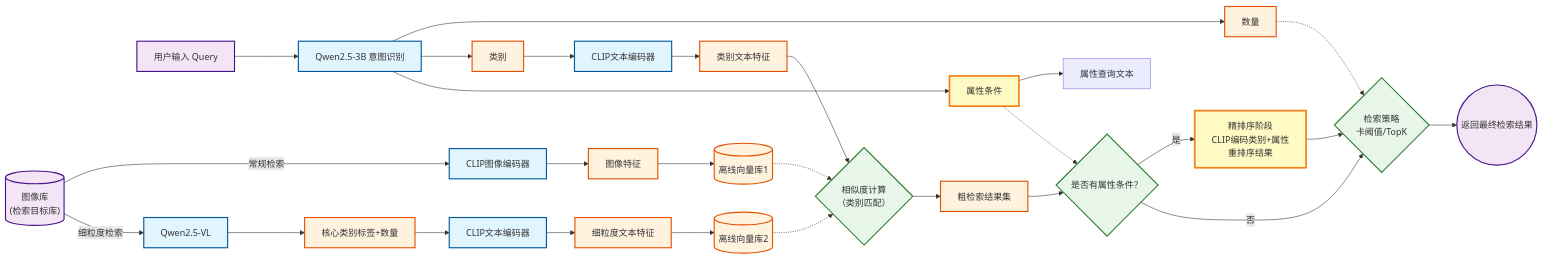
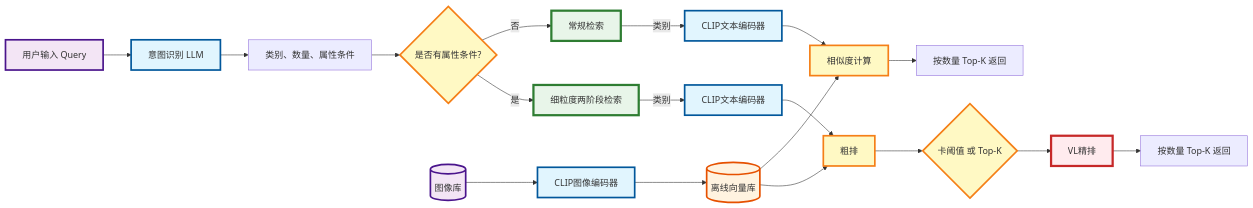
Before and after one commit to 214404225-spec/Multi-modal-Image-Retrieval-System: the diagram in v1.md, drawn with Mermaid. The commit also changed other lines of this file and 35 other files, not shown here.

````diff
--- a/v1.md
+++ b/v1.md
@@ -3,48 +3,41 @@
 ```mermaid
 flowchart LR
-    User["用户输入 Query"] --> Qwen3B["Qwen2.5-3B 意图识别"]
-    Qwen3B --> Quantity["数量"]
-    Qwen3B --> Category["类别"]
-    Qwen3B --> Attributes["属性条件"]
+    %% 输入 -> LM 提取
+    User["用户输入 Query"] --> Qwen-LM["意图识别 LLM"]
+    Qwen-LM --> LM_output["类别、数量、属性条件"]
+    LM_output --> HasAttr{"是否有属性条件?"}
+
+    %% 图像库 -> 离线向量库
+    ImageDB[("图像库")] --> CLIP_Vis_Offline["CLIP图像编码器"]
+    CLIP_Vis_Offline --> VectorDB[("离线向量库")]
+
+    %% 无属性条件路径（常规检索）
+    HasAttr -->|否| RegularPath["常规检索"]
+    RegularPath -->|类别| CLIP_Text["CLIP文本编码器"]
+    CLIP_Text --> SimCalc["相似度计算"]
+    VectorDB --> SimCalc
+    SimCalc --> TopK1["按数量 Top-K 返回"]
     
-    Category --> CLIP_Text_Query["CLIP文本编码器"]
-    CLIP_Text_Query --> Query_Feat["类别文本特征"]
-    Attributes --> Attr_Query["属性查询文本"]
+    %% 有属性条件路径（细粒度两阶段检索）
+    HasAttr -->|是| CoarseStage["细粒度两阶段检索"]
+    CoarseStage -->|类别| CLIP_Text2["CLIP文本编码器"]
+    CLIP_Text2 --> CoarseRank["粗排"]
+    VectorDB --> CoarseRank
+    CoarseRank --> Strategy{"卡阈值 或 Top-K"}
+    Strategy --> VL_Refine["VL精排"]
+    VL_Refine --> TopK2["按数量 Top-K 返回"]
     
-    ImageDB[("图像库<br/>(检索目标库)")] -->|常规检索| CLIP_Vis["CLIP图像编码器"]
-    CLIP_Vis --> Img_Feat["图像特征"]
-    Img_Feat --> VectorDB1[("离线向量库1")]
+    classDef io fill:#f3e5f5,stroke:#4a148c,stroke-width:3px
+    classDef model fill:#e1f5fe,stroke:#01579b,stroke-width:3px
+    classDef data fill:#fff3e0,stroke:#e65100,stroke-width:3px
+    classDef decision fill:#fff9c4,stroke:#f57f17,stroke-width:3px
+    classDef stage fill:#e8f5e9,stroke:#2e7d32,stroke-width:4px
+    classDef highlight fill:#ffebee,stroke:#c62828,stroke-width:4px
     
-    ImageDB -->|细粒度检索| QwenVL["Qwen2.5-VL"]
-    QwenVL --> VL_Tag["核心类别标签+数量"]
-    VL_Tag --> CLIP_Text_DB["CLIP文本编码器"]
-    CLIP_Text_DB --> VL_Text_Feat["细粒度文本特征"]
-    VL_Text_Feat --> VectorDB2[("离线向量库2")]
-    
-    Query_Feat --> CoarseSim{"相似度计算<br/>（类别匹配）"}
-    VectorDB1 -.-> CoarseSim
-    VectorDB2 -.-> CoarseSim
-    CoarseSim --> CoarseResults["粗检索结果集"]
-    
-    CoarseResults --> AttrFilter{"是否有属性条件？"}
-    Quantity -.-> Strategy
-    Attributes -.-> AttrFilter
-    
-    AttrFilter -->|是| Refine["精排序阶段<br/>CLIP编码类别+属性<br/>重排序结果"]
-    AttrFilter -->|否| Strategy{"检索策略<br/>卡阈值/TopK"}
-    Refine --> Strategy
-    
-    Strategy --> Output(("返回最终检索结果"))
-    
-    classDef io fill:#f3e5f5,stroke:#4a148c,stroke-width:2px
-    classDef model fill:#e1f5fe,stroke:#01579b,stroke-width:2px
-    classDef data fill:#fff3e0,stroke:#e65100,stroke-width:2px
-    classDef calc fill:#e8f5e9,stroke:#2e7d32,stroke-width:2px
-    classDef new fill:#fff9c4,stroke:#f57f17,stroke-width:3px
-    
-    class User,Output,ImageDB io
-    class Qwen3B,CLIP_Text_Query,CLIP_Vis,QwenVL,CLIP_Text_DB,Refine model
-    class Quantity,Category,Attributes,Method,Query_Feat,Img_Feat,VectorDB1,VectorDB2,VL_Tag,VL_Text_Feat,CoarseResults data
-    class CoarseSim,AttrFilter,Strategy calc
-    class Attributes,Refine new
+    class User,ImageDB io
+    class Qwen-LM,CLIP_Text,CLIP_Text2,CLIP_Vis_Offline,VL_Refine model
+    class VectorDB data
+    class HasAttr,Strategy,SimCalc,CoarseRank decision
+    class RegularPath,CoarseStage,VL_Refine stage
+    class VL_Refine highlight
 ```
````
